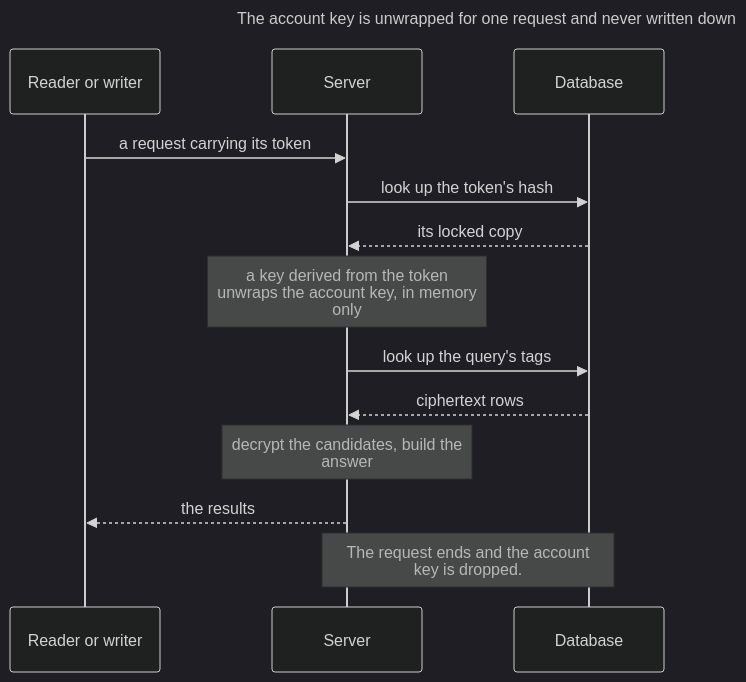
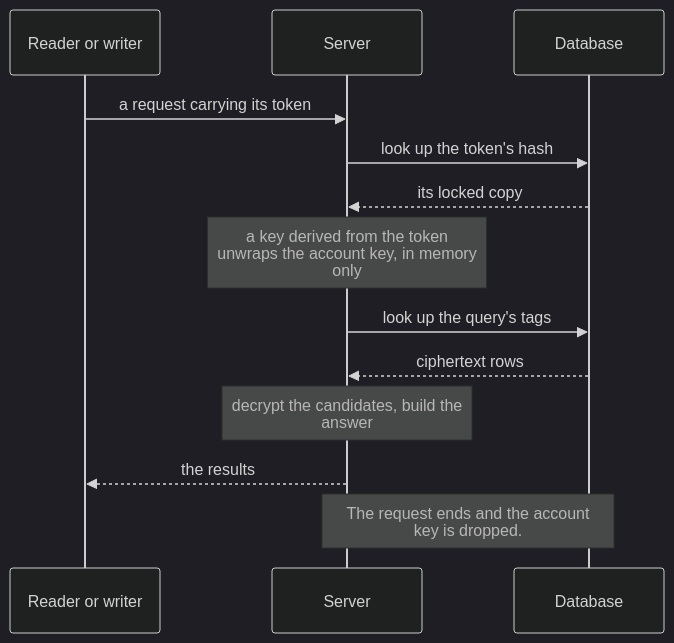
One commit to ajs-consult-llc/mirror-encryption-rfc changed the diagram in diagrams/read-3-parties.mmd. Above: the diagram before and after it, drawn with Mermaid (dark theme). The commit also changed 40 other files, not shown here.

First line of the commit message:
Diagrams: the doc's own pictures, with the Mermaid in an appendix

```diff
--- a/diagrams/read-3-parties.mmd
+++ b/diagrams/read-3-parties.mmd
@@ -1,18 +1,15 @@
----
-title: "The account key is unwrapped for one request and never written down"
----
 sequenceDiagram
   accTitle: The account key is unwrapped for one request and never written down
   accDescr: Read. A reader or writer sends a request carrying its token. The server looks up the token's hash in the database and gets back its locked copy. A key derived from the token unwraps the account key, in memory only. The server looks up the query's tags and gets back ciphertext rows, decrypts the candidates and builds the answer, and returns the results. The request ends and the account key is dropped.
   participant R as Reader or writer
   participant S as Server
   participant DB as Database
   R->>S: a request carrying its token
   S->>DB: look up the token's hash
   DB-->>S: its locked copy
   Note over S: a key derived from the token<br/>unwraps the account key, in memory<br/>only
   S->>DB: look up the query's tags
   DB-->>S: ciphertext rows
   Note over S: decrypt the candidates, build the<br/>answer
   S-->>R: the results
   Note over S,DB: The request ends and the account<br/>key is dropped.
```
